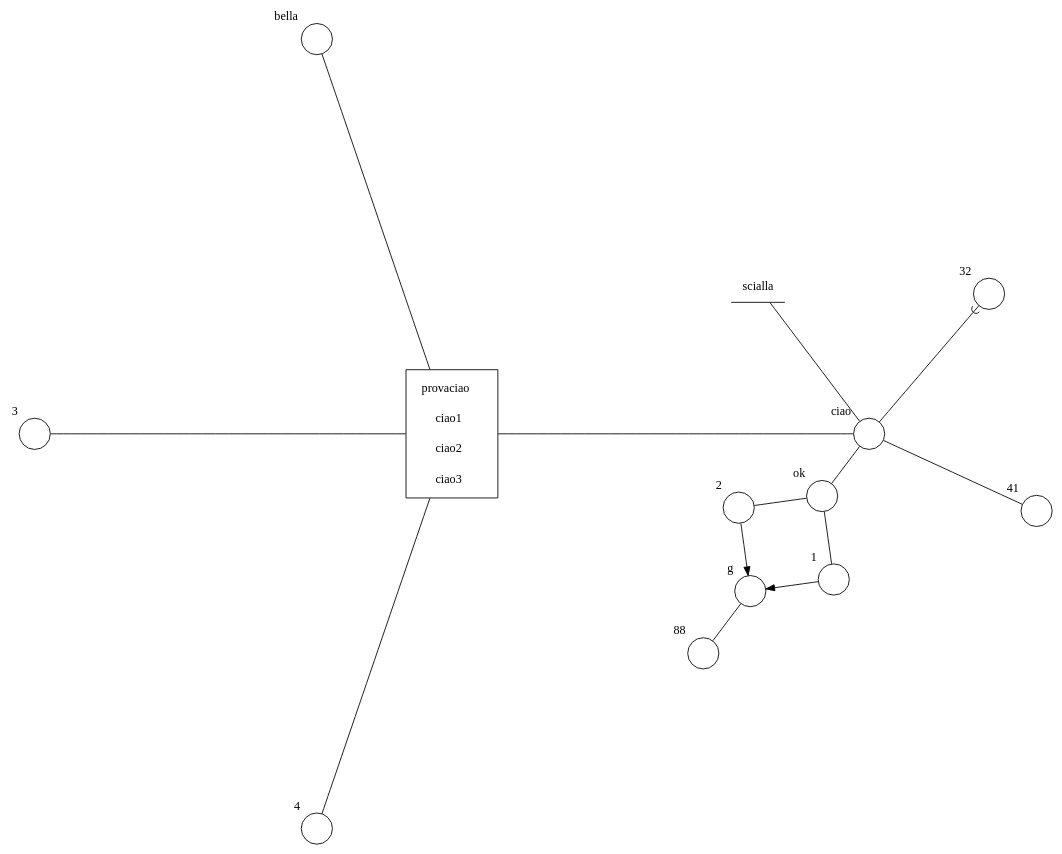
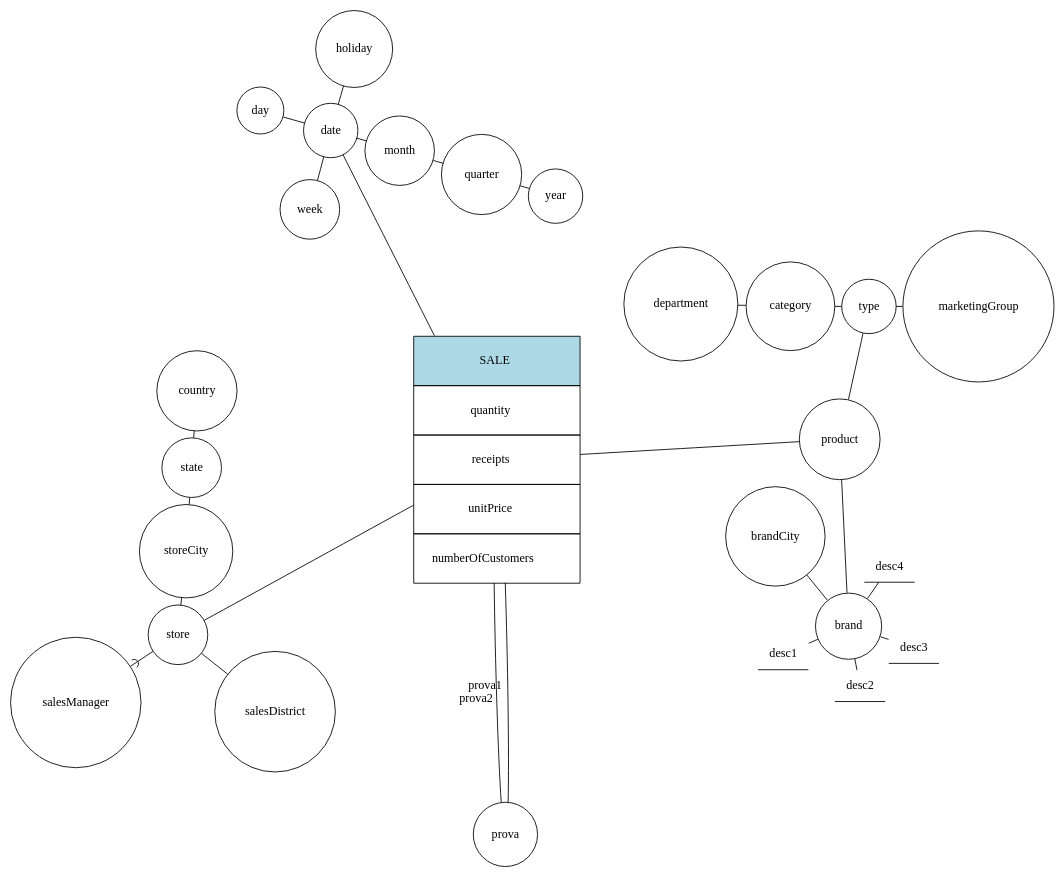
One commit to leonardogonfiantini/bubbly changed the diagram in cmd/gen/dot.dot. Above: the diagram before and after it, drawn with Graphviz. The commit also changed 3 other files, not shown here.

Commit message:
sequence descriptive, and an unfinished hierarchy function

```diff
--- a/cmd/gen/dot.dot
+++ b/cmd/gen/dot.dot
@@ -1,30 +1,57 @@
 digraph G {
 	layout="circo";
-	fact->ciao[ arrowhead=none ];
-	fact->bella[ arrowhead=none ];
-	ciao->ok[ arrowhead=none ];
-	fact->3[ arrowhead=none ];
-	fact->4[ arrowhead=none ];
-	ok->1[ arrowhead=none ];
-	ok->2[ arrowhead=none ];
-	g->88[ arrowhead=none ];
-	ciao->41[ arrowhead=none ];
-	ciao->32[ arrowhead=icurve ];
-	2->g;
-	1->g;
-	ciao->scialla[ arrowhead=none ];
-	1 [ label="", shape=circle, xlabel=1 ];
-	2 [ label="", shape=circle, xlabel=2 ];
-	3 [ label="", shape=circle, xlabel=3 ];
-	32 [ label="", shape=circle, xlabel=32 ];
-	4 [ label="", shape=circle, xlabel=4 ];
-	41 [ label="", shape=circle, xlabel=41 ];
-	88 [ label="", shape=circle, xlabel=88 ];
-	bella [ label="", shape=circle, xlabel=bella ];
-	ciao [ label="", shape=circle, xlabel=ciao ];
-	fact [ label=<<table border="0" cellborder="0" cellspacing="0" cellpadding="10"> <tr> <td>provaciao</td> </tr><tr> <td>ciao1</td> </tr><tr> <td>ciao2</td> </tr><tr> <td>ciao3</td> </tr></table>>, root=true, shape=box ];
-	g [ label="", shape=circle, xlabel=g ];
-	ok [ label="", shape=circle, xlabel=ok ];
-	scialla [ shape=underline ];
+	overlap=false;
+	SALE->product[ arrowhead=none ];
+	SALE->date[ arrowhead=none ];
+	SALE->store[ arrowhead=none ];
+	product->brand[ arrowhead=none ];
+	brand->brandCity[ arrowhead=none ];
+	product->type[ arrowhead=none ];
+	type->marketingGroup[ arrowhead=none ];
+	type->category[ arrowhead=none ];
+	category->department[ arrowhead=none ];
+	brand->desc1[ arrowhead=none ];
+	brand->desc2[ arrowhead=none ];
+	brand->desc3[ arrowhead=none ];
+	brand->desc4[ arrowhead=none ];
+	SALE->prova[ arrowhead=none, xlabel=prova1 ];
+	SALE->prova[ arrowhead=none, xlabel=prova2 ];
+	date->month[ arrowhead=none ];
+	month->quarter[ arrowhead=none ];
+	quarter->year[ arrowhead=none ];
+	date->holiday[ arrowhead=none ];
+	date->day[ arrowhead=none ];
+	date->week[ arrowhead=none ];
+	store->storeCity[ arrowhead=none ];
+	storeCity->state[ arrowhead=none ];
+	state->country[ arrowhead=none ];
+	store->salesManager[ arrowhead=icurve ];
+	store->salesDistrict[ arrowhead=none ];
+	SALE [ label=<<table border="0" cellborder="1" cellspacing="0" cellpadding="20"> <tr> <td bgcolor="lightblue">SALE</td> </tr><tr> <td port="portquantity">quantity</td> </tr><tr> <td port="portreceipts">receipts</td> </tr><tr> <td port="portunitPrice">unitPrice</td> </tr><tr> <td port="portnumberOfCustomers">numberOfCustomers</td> </tr></table>>, root=true, shape=plain ];
+	brand [ label=brand, shape=circle ];
+	brandCity [ label=brandCity, shape=circle ];
+	category [ label=category, shape=circle ];
+	country [ label=country, shape=circle ];
+	date [ label=date, shape=circle ];
+	day [ label=day, shape=circle ];
+	department [ label=department, shape=circle ];
+	desc1 [ shape=underline ];
+	desc2 [ shape=underline ];
+	desc3 [ shape=underline ];
+	desc4 [ shape=underline ];
+	holiday [ label=holiday, shape=circle ];
+	marketingGroup [ label=marketingGroup, shape=circle ];
+	month [ label=month, shape=circle ];
+	product [ label=product, shape=circle ];
+	prova [ label=prova, shape=circle ];
+	quarter [ label=quarter, shape=circle ];
+	salesDistrict [ label=salesDistrict, shape=circle ];
+	salesManager [ label=salesManager, shape=circle ];
+	state [ label=state, shape=circle ];
+	store [ label=store, shape=circle ];
+	storeCity [ label=storeCity, shape=circle ];
+	type [ label=type, shape=circle ];
+	week [ label=week, shape=circle ];
+	year [ label=year, shape=circle ];
 
 }
```
